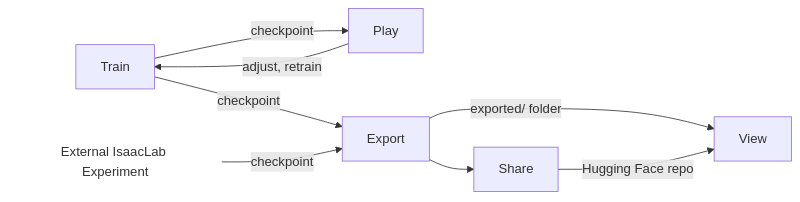
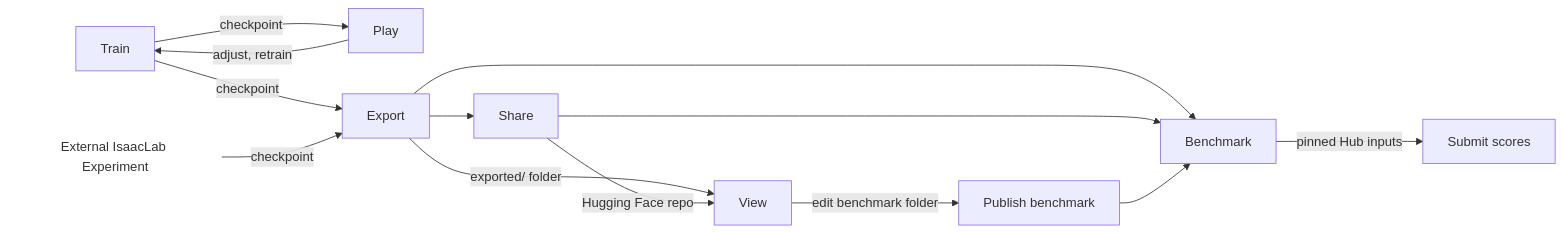
One commit to menloresearch/cyclotron changed the diagram in README.md. Above: the diagram before and after it, drawn with Mermaid. The commit also changed other lines of this file and 22 other files, not shown here.

Commit message:
Make cyclotron the locomotion evaluation system, with Hub-backed view and benchmark commands and humanoid-policy-viewer as the first registered app.

````diff
--- a/README.md
+++ b/README.md
@@ -64,11 +67,16 @@
 ```mermaid
 flowchart LR
     Train -->|checkpoint| Play
     Play -->|adjust, retrain| Train
     Train -->|checkpoint| Export
     Outside["External IsaacLab Experiment"] -->|checkpoint| Export
     style Outside fill:transparent,stroke:transparent
     Export -->|exported/ folder| View
     Export --> Share
     Share -->|Hugging Face repo| View
+    Export --> Benchmark
+    Share --> Benchmark
+    Benchmark -->|pinned Hub inputs| Submit[Submit scores]
+    View -->|edit benchmark folder| Publish[Publish benchmark]
+    Publish --> Benchmark
 ```
````
